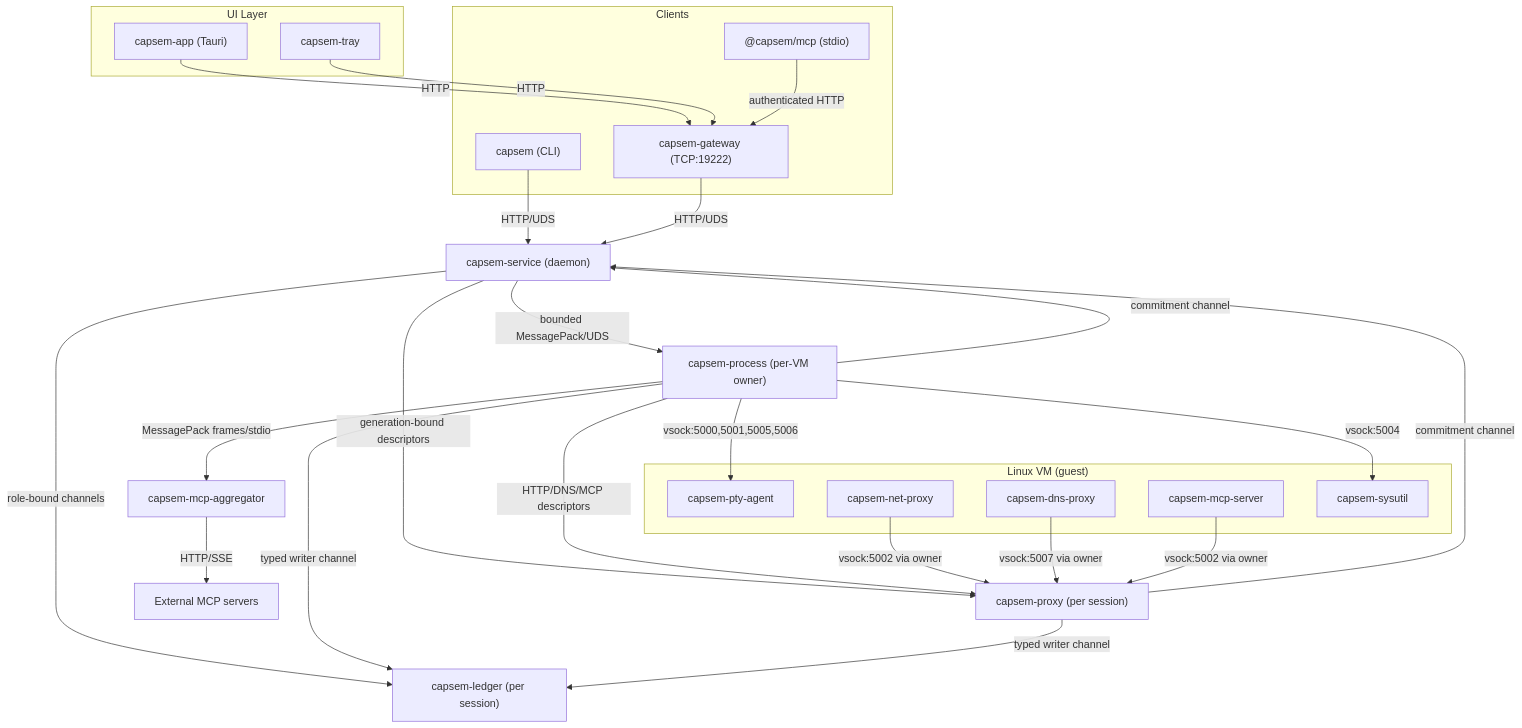
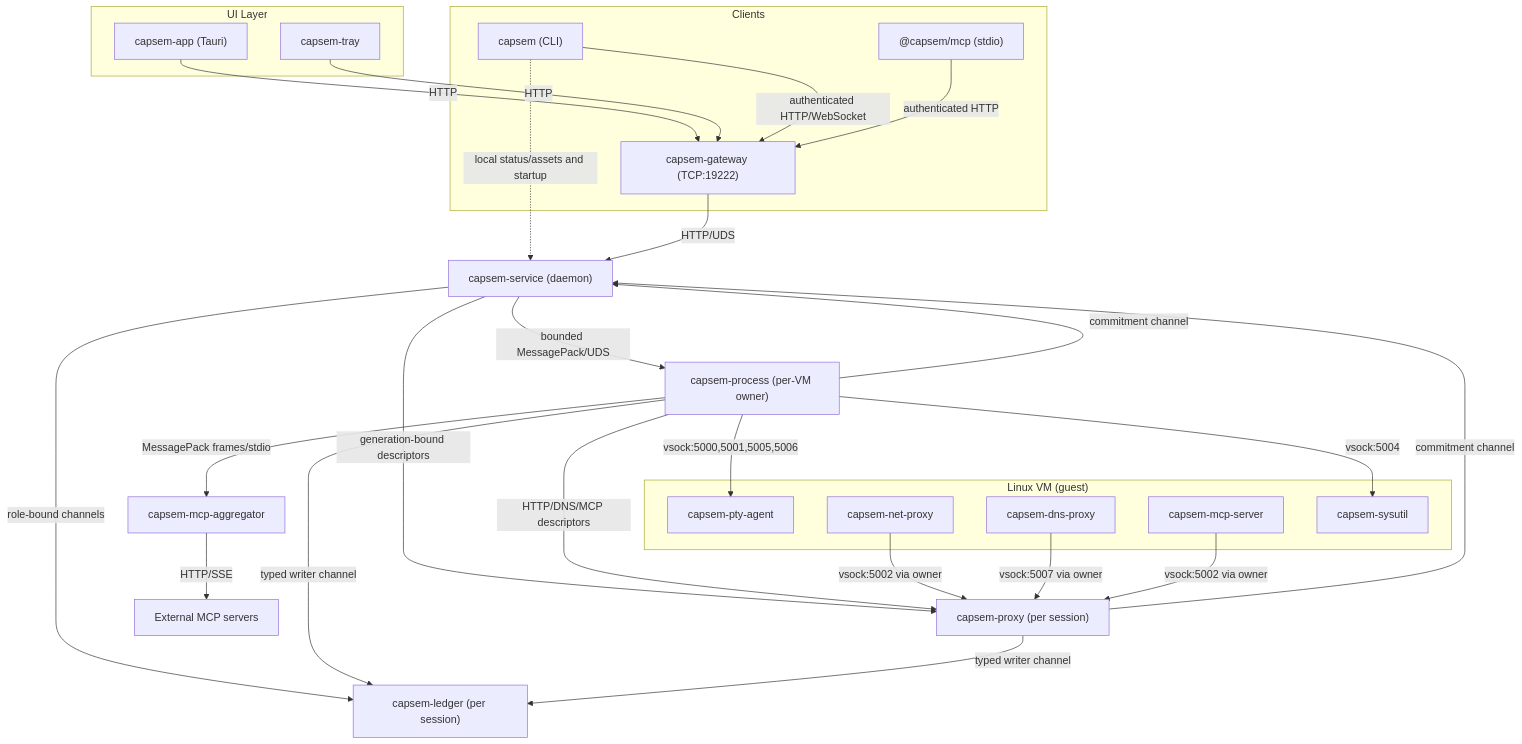
One commit to google/capsem changed the diagram in web/docs/src/content/docs/architecture/service-architecture.md. Above: the diagram before and after it, drawn with Mermaid. The commit also changed other lines of this file and 35 other files, not shown here.

Commit message:
fix(cli): use authenticated SDK gateway transport (#347)

````diff
--- a/web/docs/src/content/docs/architecture/service-architecture.md
+++ b/web/docs/src/content/docs/architecture/service-architecture.md
@@ -52,48 +52,49 @@
 ```mermaid
 graph TD
     subgraph Clients
         CLI["capsem (CLI)"]
         MCP["@capsem/mcp (stdio)"]
         GW["capsem-gateway (TCP:19222)"]
     end
 
     subgraph "UI Layer"
         APP["capsem-app (Tauri)"]
         TRAY["capsem-tray"]
     end
 
     APP -->|HTTP| GW
     TRAY -->|HTTP| GW
 
-    CLI -->|HTTP/UDS| SVC
+    CLI -->|"authenticated HTTP/WebSocket"| GW
+    CLI -.->|"local status/assets and startup"| SVC
     MCP -->|"authenticated HTTP"| GW
     GW -->|HTTP/UDS| SVC
 
     SVC["capsem-service (daemon)"]
 
     SVC -->|"bounded MessagePack/UDS"| PROC["capsem-process (per-VM owner)"]
     SVC -->|"generation-bound descriptors"| PROXY["capsem-proxy (per session)"]
     SVC -->|"role-bound channels"| LEDGER["capsem-ledger (per session)"]
 
     PROC -->|"MessagePack frames/stdio"| AGG["capsem-mcp-aggregator"]
     AGG -->|"HTTP/SSE"| EXT["External MCP servers"]
     PROC -->|"HTTP/DNS/MCP descriptors"| PROXY
     PROC -->|"typed writer channel"| LEDGER
     PROXY -->|"typed writer channel"| LEDGER
     PROC -->|"commitment channel"| SVC
     PROXY -->|"commitment channel"| SVC
 
     subgraph "Linux VM (guest)"
         AGENT["capsem-pty-agent"]
         NETPROXY["capsem-net-proxy"]
         DNSPROXY["capsem-dns-proxy"]
         MCPGW["capsem-mcp-server"]
         SYSUTIL["capsem-sysutil"]
     end
 
     PROC -->|"vsock:5000,5001,5005,5006"| AGENT
     NETPROXY -->|"vsock:5002 via owner"| PROXY
     DNSPROXY -->|"vsock:5007 via owner"| PROXY
     MCPGW -->|"vsock:5002 via owner"| PROXY
     PROC -->|"vsock:5004"| SYSUTIL
 ```
````
